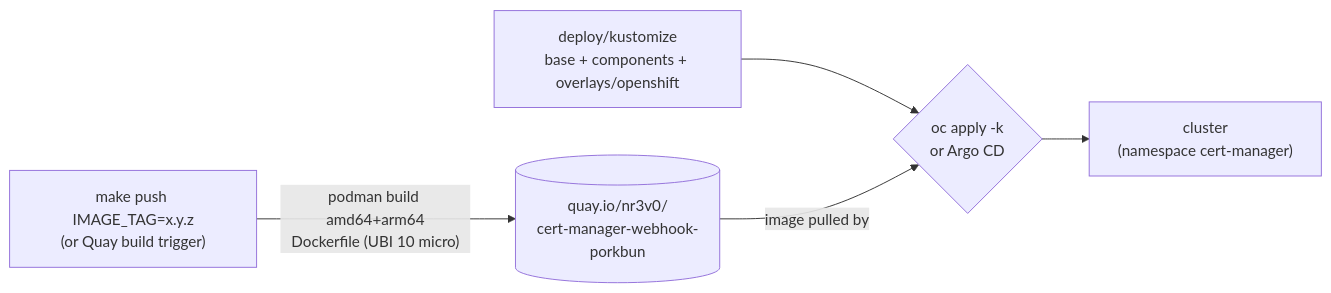
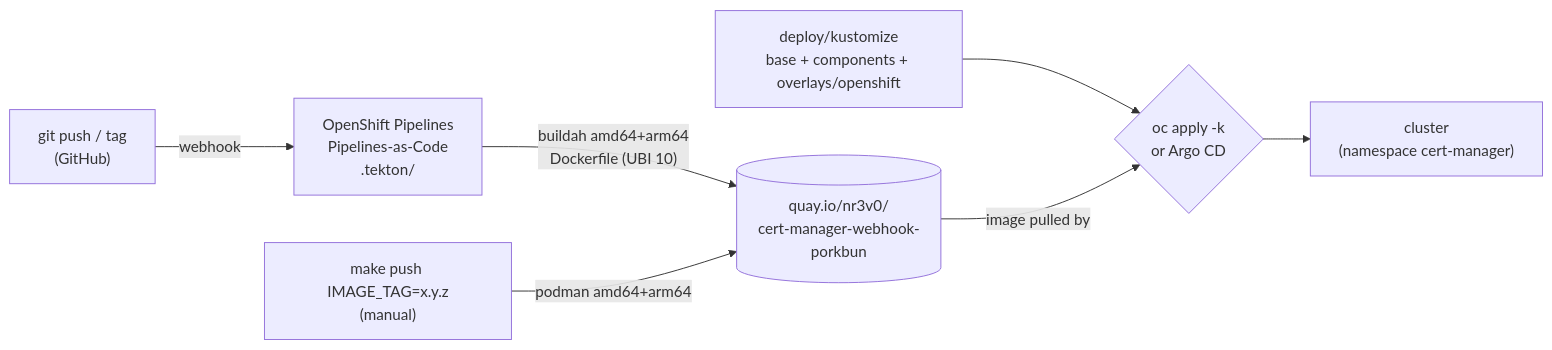
One commit to nr3v0/cert-manager-webhook-porkbun changed the second of 2 diagrams in README.md. Above: the diagram before and after it, drawn with Mermaid. The commit also changed other lines of this file and 4 other files, not shown here.

First line of the commit message:
ci: multi-arch image builds with OpenShift Pipelines (Pipelines-as-Code)

````diff
--- a/README.md
+++ b/README.md
@@ -84,7 +85,9 @@
 ```mermaid
 flowchart LR
-    dev["make push IMAGE_TAG=x.y.z<br/>(or Quay build trigger)"] -- "podman build amd64+arm64<br/>Dockerfile (UBI 10 micro)" --> quay[("quay.io/nr3v0/<br/>cert-manager-webhook-porkbun")]
+    gh["git push / tag<br/>(GitHub)"] -- "webhook" --> pac["OpenShift Pipelines<br/>Pipelines-as-Code<br/>.tekton/"]
+    pac -- "buildah amd64+arm64<br/>Dockerfile (UBI 10)" --> quay
+    dev["make push IMAGE_TAG=x.y.z<br/>(manual)"] -- "podman amd64+arm64" --> quay[("quay.io/nr3v0/<br/>cert-manager-webhook-porkbun")]
     repo["deploy/kustomize<br/>base + components + overlays/openshift"] --> apply{"oc apply -k<br/>or Argo CD"}
     quay -- "image pulled by" --> apply
     apply --> cluster["cluster<br/>(namespace cert-manager)"]
 ```
````
